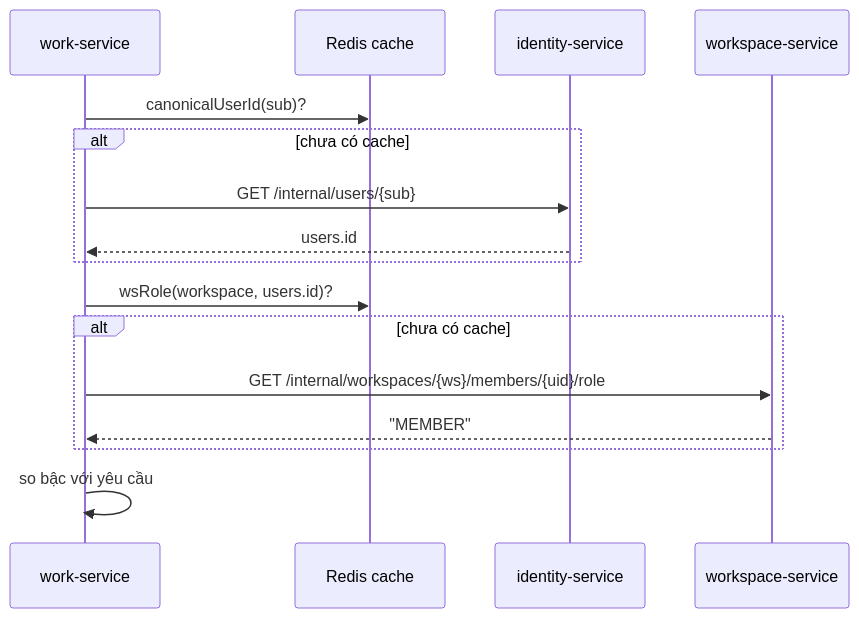
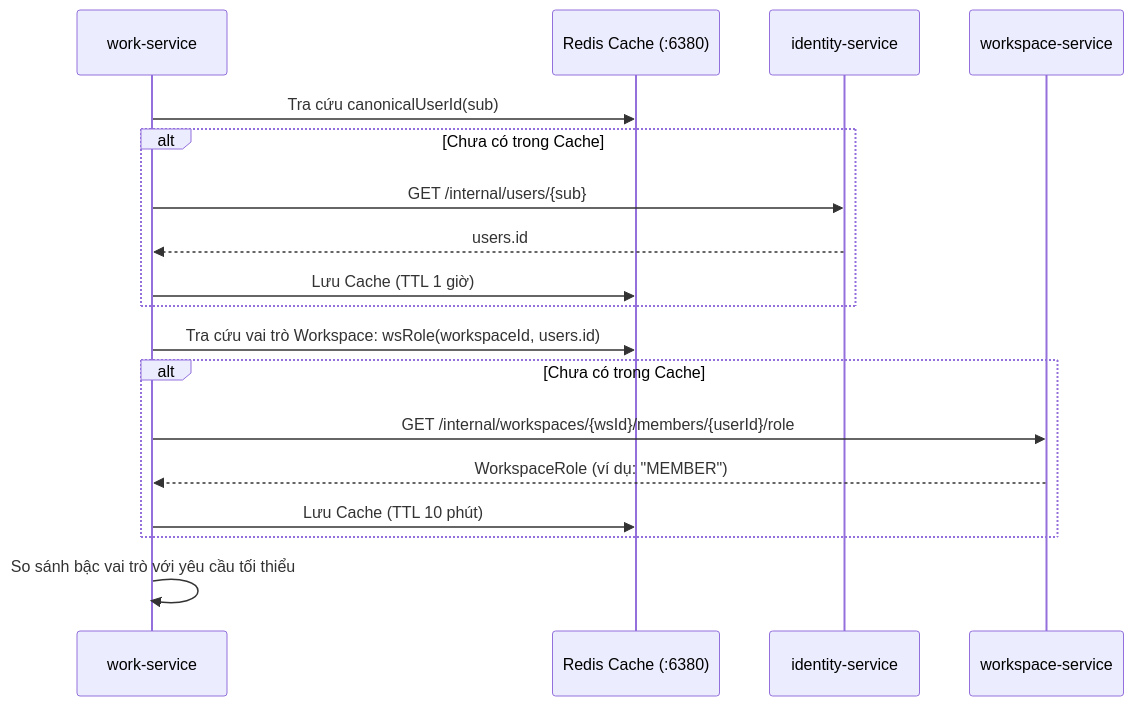
Before and after one commit to Hecker-Chuoi/DATN-2026: the fifth of 6 diagrams in formal_doc/03_NGHIEP_VU_WORKSPACE_TEAM_MEMBER.md, drawn with Mermaid. The commit also changed other lines of this file and 60 other files, not shown here.

````diff
--- a/formal_doc/03_NGHIEP_VU_WORKSPACE_TEAM_MEMBER.md
+++ b/formal_doc/03_NGHIEP_VU_WORKSPACE_TEAM_MEMBER.md
@@ -297,18 +164,20 @@
 ```mermaid
 sequenceDiagram
     participant WK as work-service
-    participant R as Redis cache
+    participant R as Redis Cache (:6380)
     participant ID as identity-service
     participant WS as workspace-service
-    WK->>R: canonicalUserId(sub)?
-    alt chưa có cache
+    WK->>R: Tra cứu canonicalUserId(sub)
+    alt Chưa có trong Cache
         WK->>ID: GET /internal/users/{sub}
         ID-->>WK: users.id
+        WK->>R: Lưu Cache (TTL 1 giờ)
     end
-    WK->>R: wsRole(workspace, users.id)?
-    alt chưa có cache
-        WK->>WS: GET /internal/workspaces/{ws}/members/{uid}/role
-        WS-->>WK: "MEMBER"
+    WK->>R: Tra cứu vai trò Workspace: wsRole(workspaceId, users.id)
+    alt Chưa có trong Cache
+        WK->>WS: GET /internal/workspaces/{wsId}/members/{userId}/role
+        WS-->>WK: WorkspaceRole (ví dụ: "MEMBER")
+        WK->>R: Lưu Cache (TTL 10 phút)
     end
-    WK->>WK: so bậc với yêu cầu
+    WK->>WK: So sánh bậc vai trò với yêu cầu tối thiểu
 ```
````
